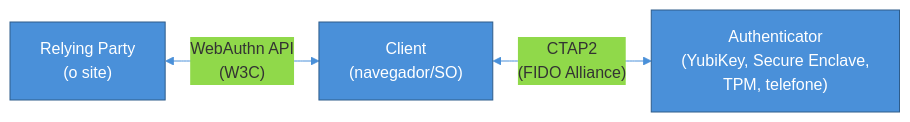
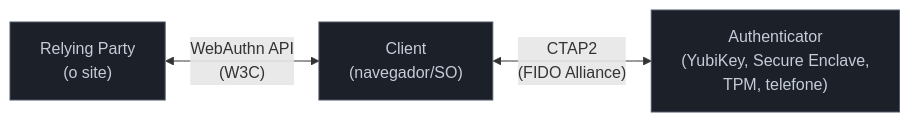
The first of 6 diagrams in 03-Dominios/Engenharia/Auth e Identidade/1 - Fundamentos de identidade/05 - Passkeys e WebAuthn — o presente sem senha.md (josenaldo/codex-technomanticus), drawn with Mermaid before and after one commit. The commit also changed other lines of this file and 1181 other files, not shown here.

First line of the commit message:
fix(diagramas): paleta do sistema no lugar de cor cravada no markdown

````diff
--- a/03-Dominios/Engenharia/Auth e Identidade/1 - Fundamentos de identidade/05 - Passkeys e WebAuthn — o presente sem senha.md
+++ b/03-Dominios/Engenharia/Auth e Identidade/1 - Fundamentos de identidade/05 - Passkeys e WebAuthn — o presente sem senha.md
@@ -45,10 +45,10 @@
 ```mermaid
-%%{init: {"theme": "base", "themeVariables": {"primaryColor": "#4A90D9", "primaryBorderColor": "#2E5C8A", "lineColor": "#4A90D9"}}}%%
 graph LR
+    classDef neutro fill:#1B2029,stroke:#4E5666,color:#C6CCD8
     RP["Relying Party<br/>(o site)"] <-->|"WebAuthn API<br/>(W3C)"| Cli["Client<br/>(navegador/SO)"]
     Cli <-->|"CTAP2<br/>(FIDO Alliance)"| Auth["Authenticator<br/>(YubiKey, Secure Enclave,<br/>TPM, telefone)"]
 
-    style RP fill:#4A90D9,color:#fff
-    style Cli fill:#4A90D9,color:#fff
-    style Auth fill:#4A90D9,color:#fff
+    class RP neutro
+    class Cli neutro
+    class Auth neutro
 ```
````
